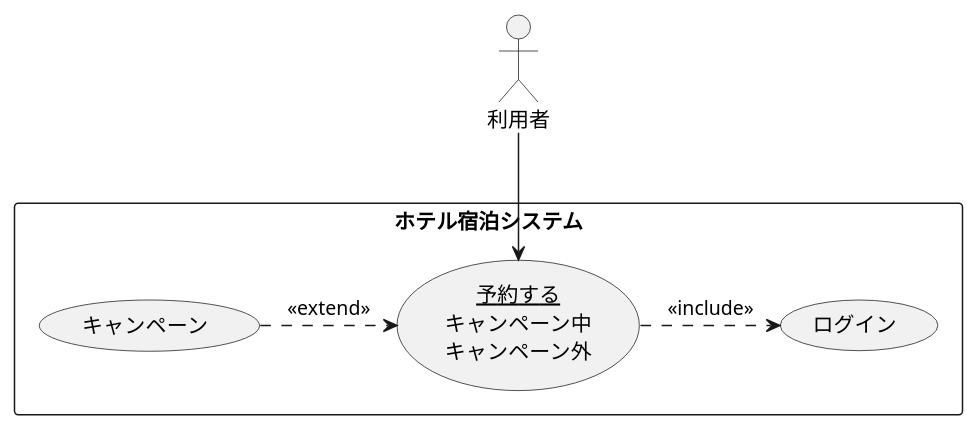
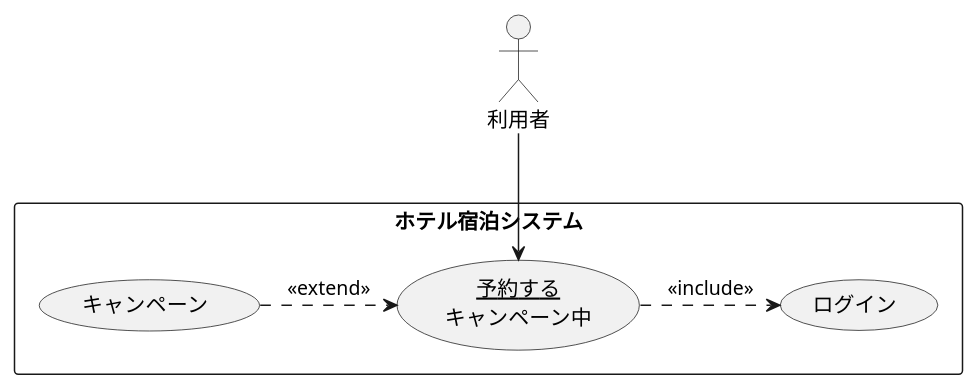
The diagram in 演習2-4_キャンペーン中のホテル宿泊予約.pu (isio2/uml-introduction), drawn with PlantUML before and after one commit. The commit also changed 1 other file, not shown here.

```diff
--- a/演習2-4_キャンペーン中のホテル宿泊予約.pu
+++ b/演習2-4_キャンペーン中のホテル宿泊予約.pu
@@ -1,10 +1,10 @@
 @startuml ユースケース図
 rectangle ホテル宿泊システム{
 usecase キャンペーン
 usecase ログイン
-usecase (<u>予約する</u>\nキャンペーン中\nキャンペーン外) as input
+usecase (<u>予約する</u>\nキャンペーン中) as input
 }
 利用者-->input
 (キャンペーン)  .> input: <<extend>>
 input .>ログイン: <<include>>
 @enduml
```
